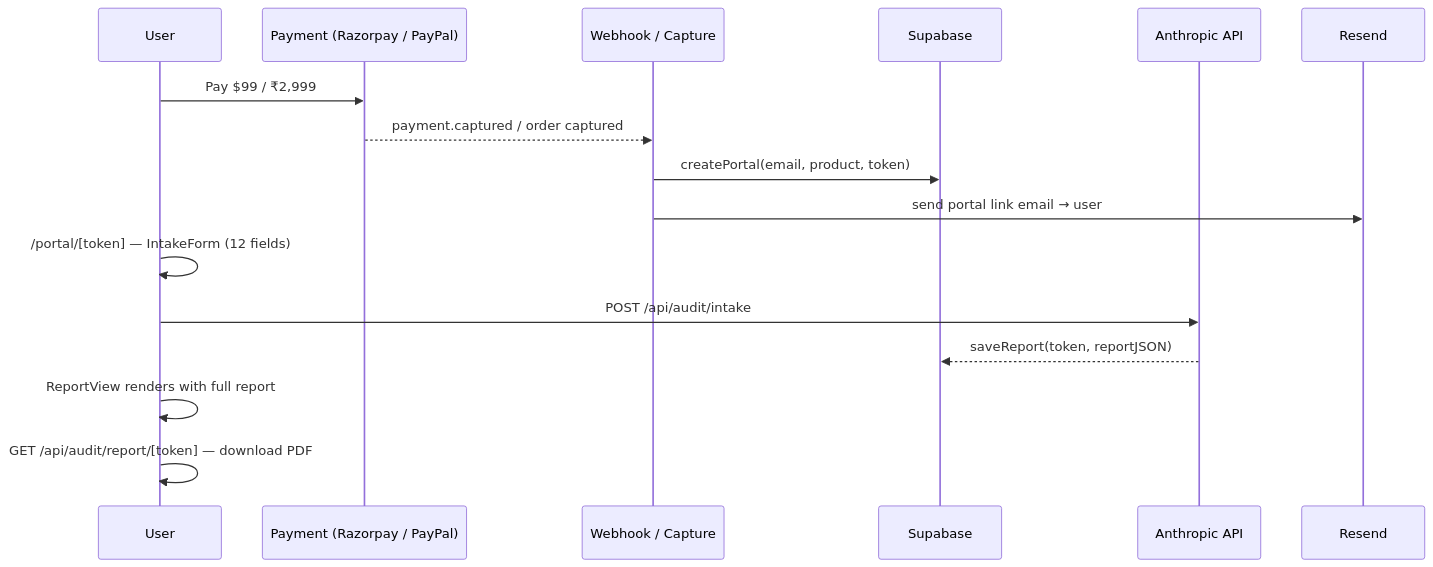
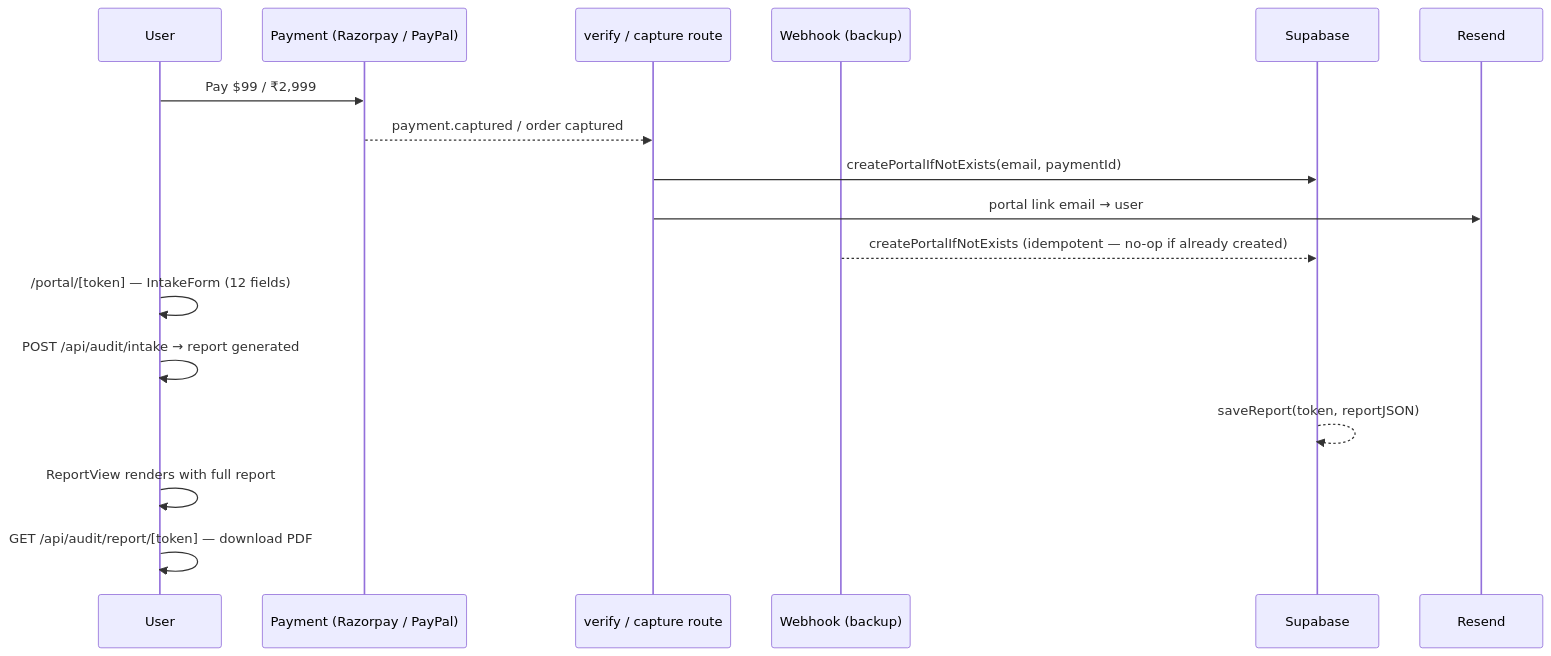
The first of 3 diagrams in README.md (ashucfx/catalyst-ripplenexus), drawn with Mermaid before and after one commit. The commit also changed other lines of this file and 3 other files, not shown here.

````diff
--- a/README.md
+++ b/README.md
@@ -219,19 +229,20 @@
 ```mermaid
 sequenceDiagram
     participant U as User
     participant P as Payment (Razorpay / PayPal)
-    participant WH as Webhook / Capture
+    participant V as verify / capture route
+    participant WH as Webhook (backup)
     participant DB as Supabase
-    participant LLM as Anthropic API
     participant E as Resend
 
     U->>P: Pay $99 / ₹2,999
-    P-->>WH: payment.captured / order captured
-    WH->>DB: createPortal(email, product, token)
-    WH->>E: send portal link email → user
+    P-->>V: payment.captured / order captured
+    V->>DB: createPortalIfNotExists(email, paymentId)
+    V->>E: portal link email → user
+    WH-->>DB: createPortalIfNotExists (idempotent — no-op if already created)
     U->>U: /portal/[token] — IntakeForm (12 fields)
-    U->>LLM: POST /api/audit/intake
-    LLM-->>DB: saveReport(token, reportJSON)
+    U->>U: POST /api/audit/intake → report generated
+    DB-->>DB: saveReport(token, reportJSON)
     U->>U: ReportView renders with full report
     U->>U: GET /api/audit/report/[token] — download PDF
 ```
````
